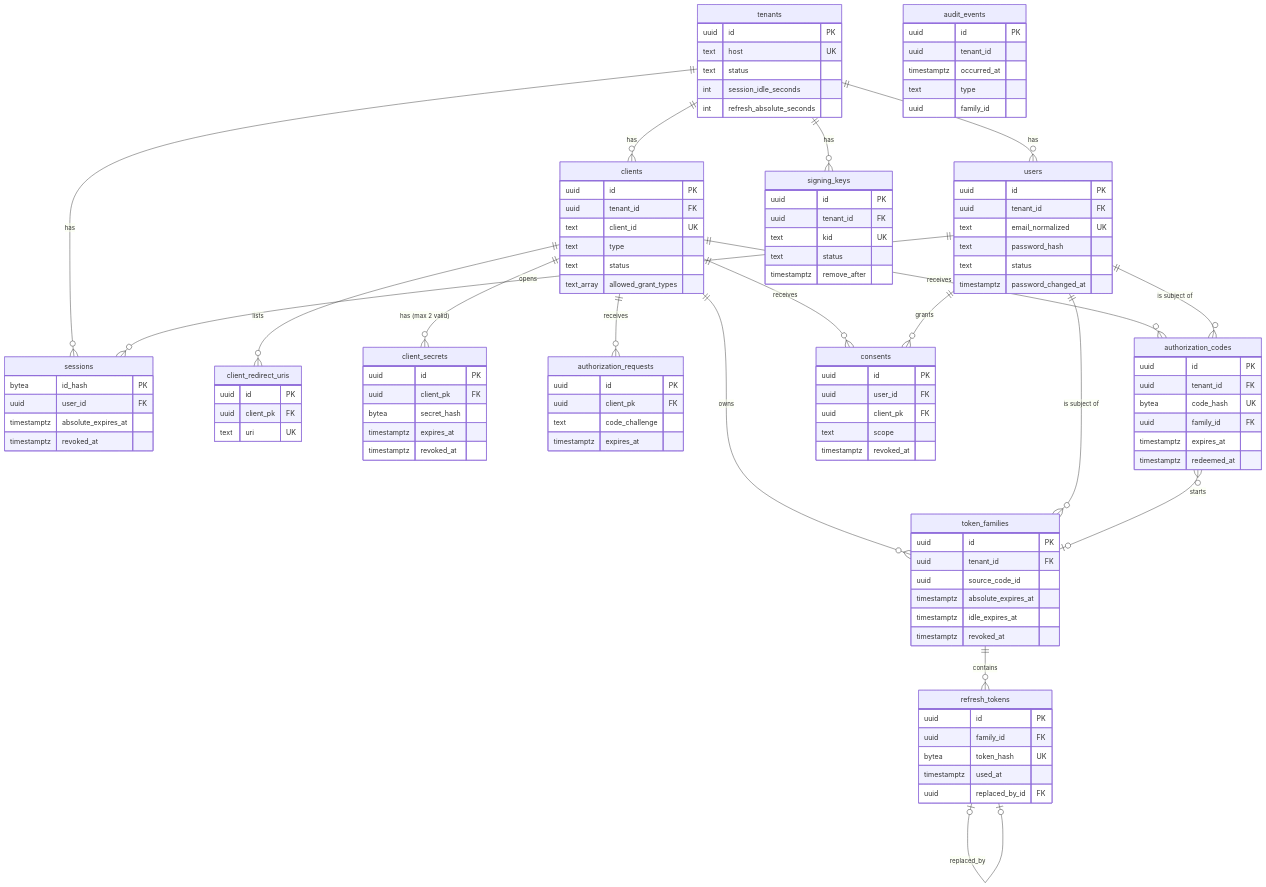
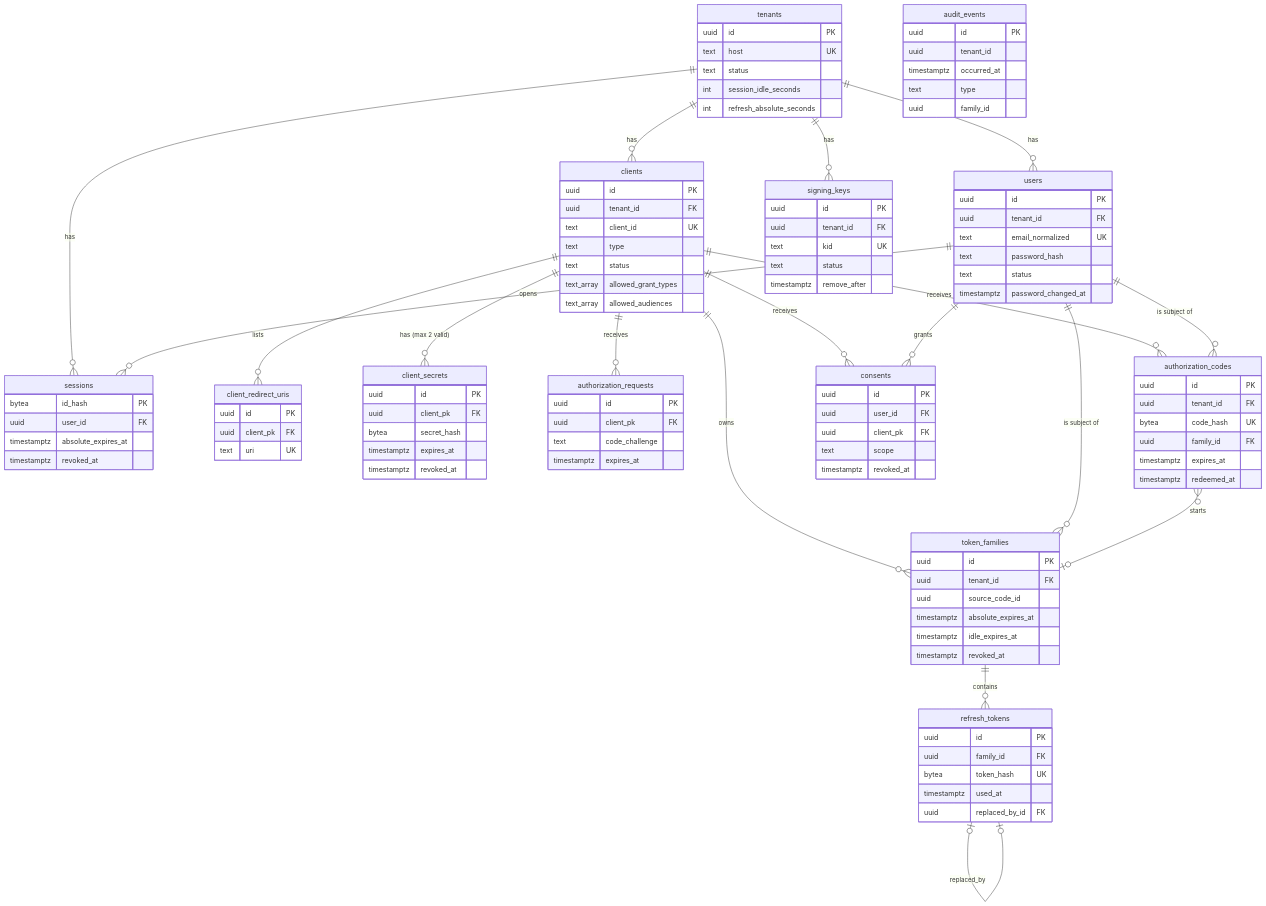
Before and after one commit to Parth2500/heimdall-idp: the diagram in docs/diagrams/04-data-model.md, drawn with Mermaid. The commit also changed 19 other files, not shown here.

```diff
--- a/docs/diagrams/04-data-model.md
+++ b/docs/diagrams/04-data-model.md
@@ -45,6 +45,7 @@
         text type
         text status
         text_array allowed_grant_types
+        text_array allowed_audiences
     }
     client_redirect_uris {
         uuid id PK
```
